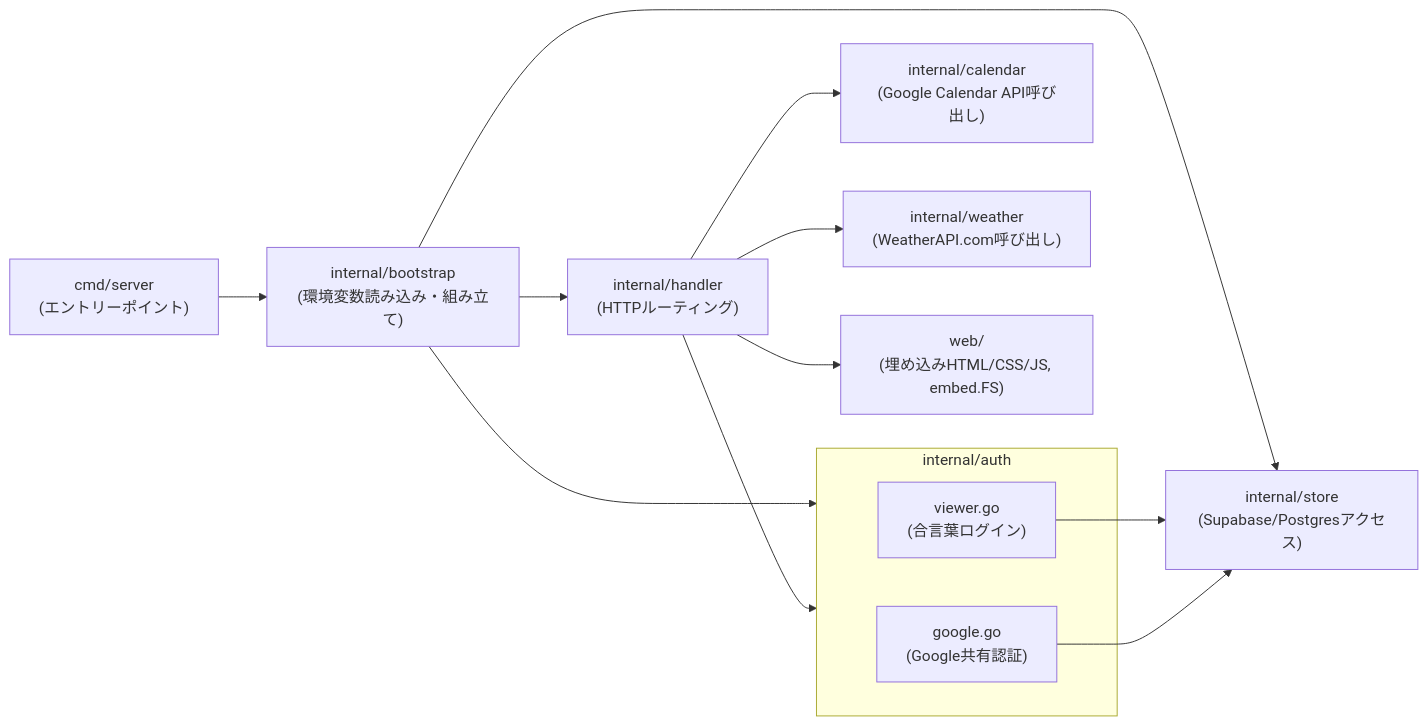
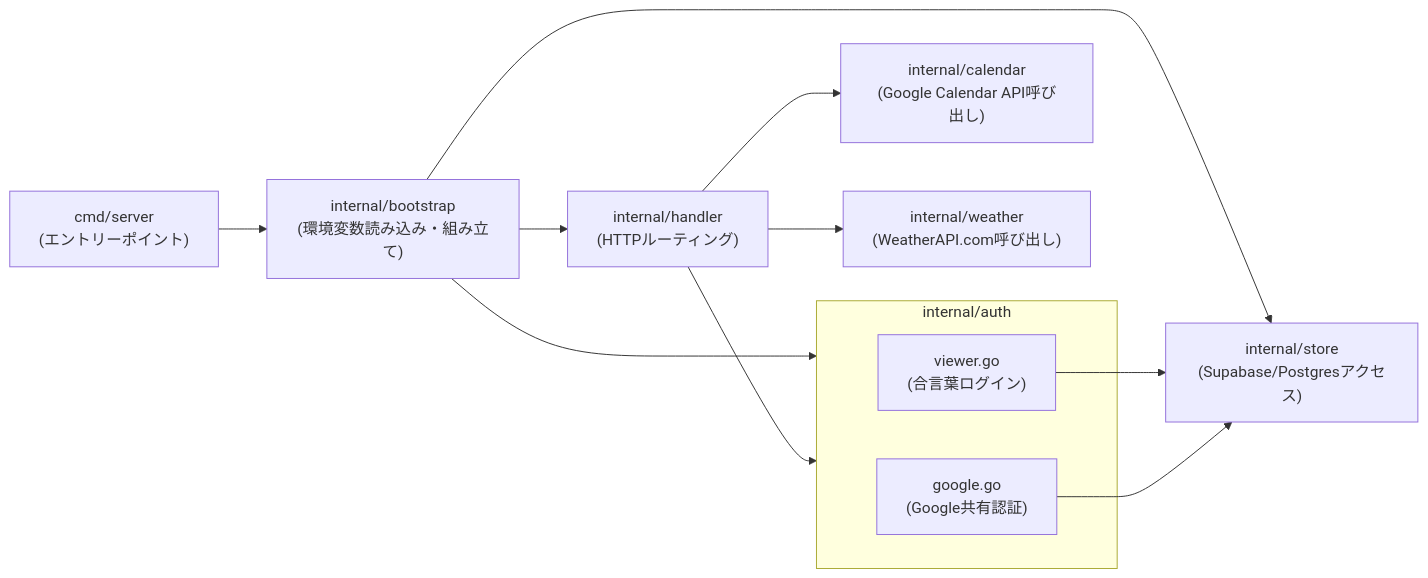
One commit to rkoike-cpu/Private_calendar changed the second of 2 diagrams in ARCHITECTURE.md. Above: the diagram before and after it, drawn with Mermaid. The commit also changed other lines of this file and 3 other files, not shown here.

````diff
--- a/ARCHITECTURE.md
+++ b/ARCHITECTURE.md
@@ -41,27 +47,25 @@
 ```mermaid
 flowchart LR
     main["cmd/server<br/>(エントリーポイント)"]
     bootstrap["internal/bootstrap<br/>(環境変数読み込み・組み立て)"]
     handler["internal/handler<br/>(HTTPルーティング)"]
 
     subgraph auth["internal/auth"]
         viewer["viewer.go<br/>(合言葉ログイン)"]
         googleauth["google.go<br/>(Google共有認証)"]
     end
 
     calendar["internal/calendar<br/>(Google Calendar API呼び出し)"]
     weather["internal/weather<br/>(WeatherAPI.com呼び出し)"]
     store["internal/store<br/>(Supabase/Postgresアクセス)"]
-    webfs["web/<br/>(埋め込みHTML/CSS/JS, embed.FS)"]
 
     main --> bootstrap
     bootstrap --> handler
     bootstrap --> auth
     bootstrap --> store
     handler --> auth
     handler --> calendar
     handler --> weather
-    handler --> webfs
     viewer --> store
     googleauth --> store
 ```
````
